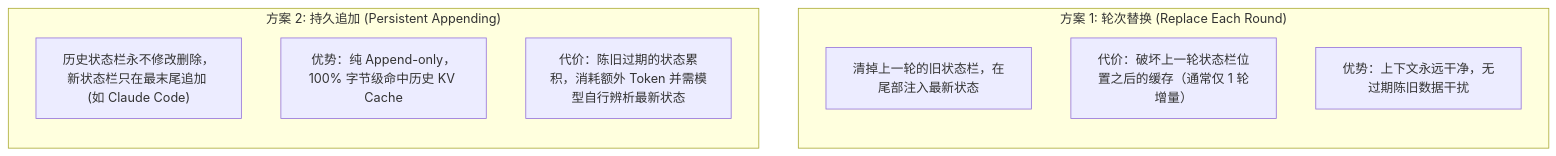
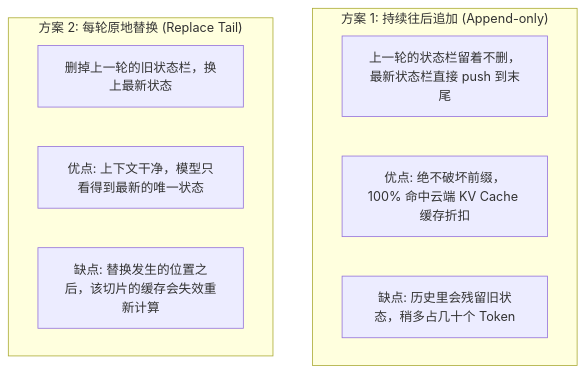
One commit to ljh12138164/ai-agent-study changed the second of 2 diagrams in app/ch02-context/04-agent-status-bar/page.mdx. Above: the diagram before and after it, drawn with Mermaid. The commit also changed other lines of this file and 43 other files, not shown here.

````diff
--- a/app/ch02-context/04-agent-status-bar/page.mdx
+++ b/app/ch02-context/04-agent-status-bar/page.mdx
@@ -75,16 +57,14 @@
 ```mermaid
-graph TD
-    subgraph Impl1["方案 1: 轮次替换 (Replace Each Round)"]
-        direction TB
-        R1["清掉上一轮的旧状态栏，在尾部注入最新状态"]
-        R2["代价：破坏上一轮状态栏位置之后的缓存（通常仅 1 轮增量）"]
-        R3["优势：上下文永远干净，无过期陈旧数据干扰"]
+flowchart TD
+    subgraph Appending["方案 1: 持续往后追加 (Append-only)"]
+        A1["上一轮的状态栏留着不删，最新状态栏直接 push 到末尾"]
+        A2["优点: 绝不破坏前缀，100% 命中云端 KV Cache 缓存折扣"]
+        A3["缺点: 历史里会残留旧状态，稍多占几十个 Token"]
     end
 
-    subgraph Impl2["方案 2: 持久追加 (Persistent Appending)"]
-        direction TB
-        A1["历史状态栏永不修改删除，新状态栏只在最末尾追加 (如 Claude Code)"]
-        A2["优势：纯 Append-only，100% 字节级命中历史 KV Cache"]
-        A3["代价：陈旧过期的状态累积，消耗额外 Token 并需模型自行辨析最新状态"]
+    subgraph Replacing["方案 2: 每轮原地替换 (Replace Tail)"]
+        R1["删掉上一轮的旧状态栏，换上最新状态"]
+        R2["优点: 上下文干净，模型只看得到最新的唯一状态"]
+        R3["缺点: 替换发生的位置之后，该切片的缓存会失效重新计算"]
     end
 ```
````
